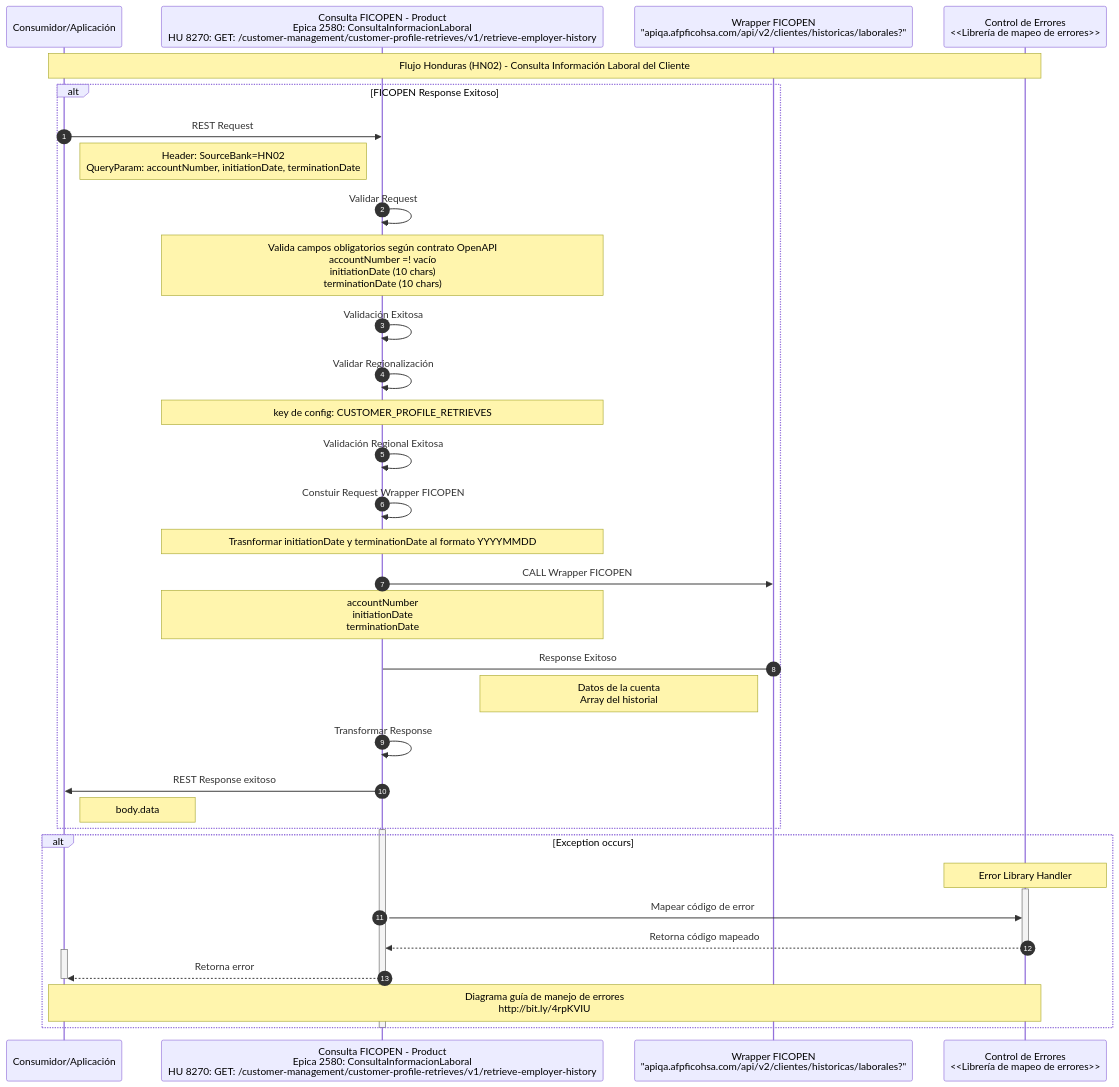
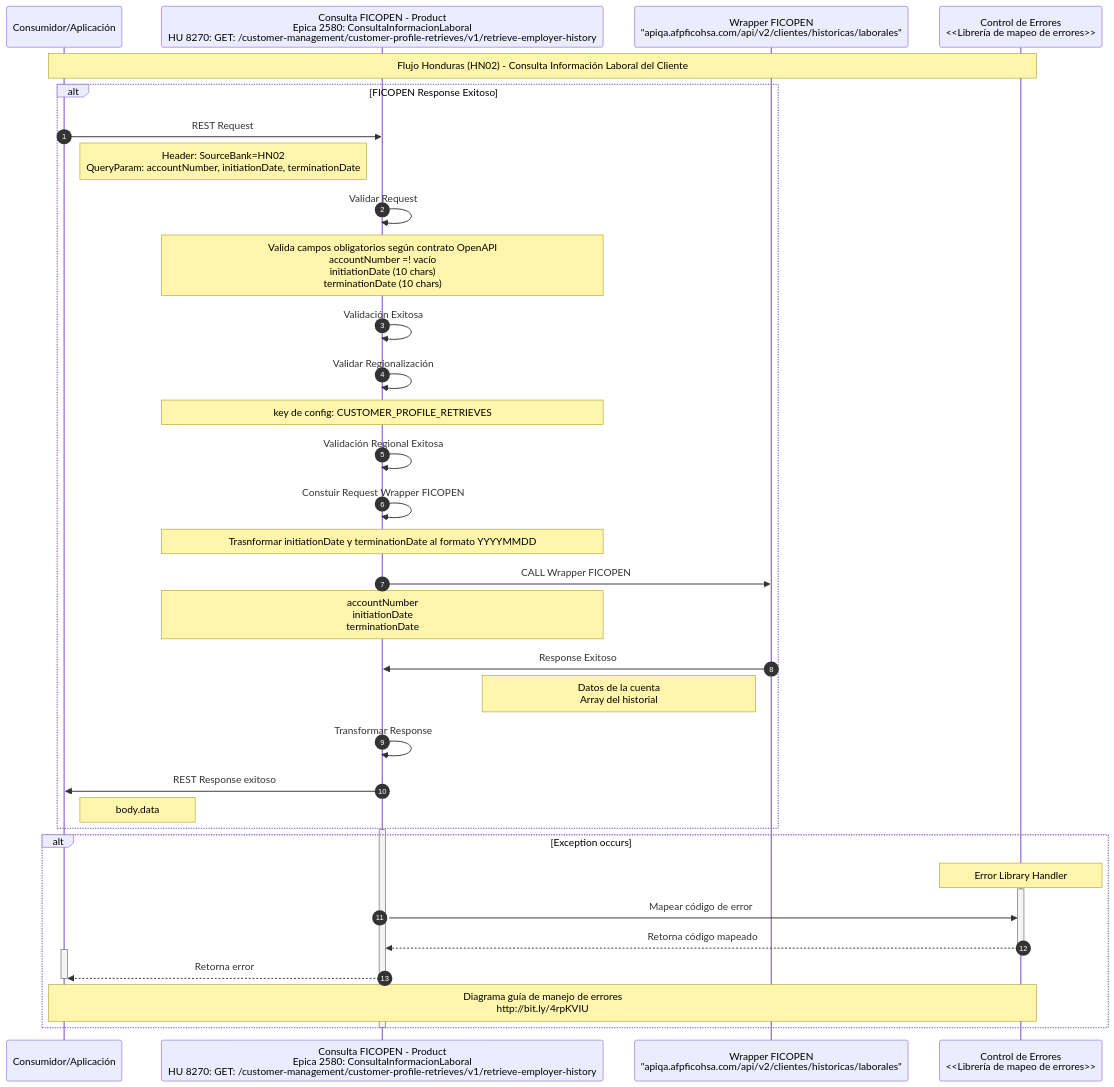
One commit to jmolano10/ficohsa-capa-media changed the diagram in ZMigrationFeature/ConsultaInformacionLaboral/TO-BE-04-Secuencia-HN01.mmd. Above: the diagram before and after it, drawn with Mermaid. The commit also changed 2 other files, not shown here.

Commit message:
consulta ficopen

```diff
--- a/ZMigrationFeature/ConsultaInformacionLaboral/TO-BE-04-Secuencia-HN01.mmd
+++ b/ZMigrationFeature/ConsultaInformacionLaboral/TO-BE-04-Secuencia-HN01.mmd
@@ -1,51 +1,51 @@
 sequenceDiagram
     autonumber
     participant Consumidor as Consumidor/Aplicación
     participant API as Consulta FICOPEN - Product <br> Epica 2580: ConsultaInformacionLaboral <br> HU 8270:  GET: /customer-management/customer-profile-retrieves/v1/retrieve-employer-history
-    participant WFP as Wrapper FICOPEN <br> "apiqa.afpficohsa.com/api/v2/clientes/historicas/laborales?"
+    participant WFP as Wrapper FICOPEN <br> "apiqa.afpficohsa.com/api/v2/clientes/historicas/laborales"
     participant Errors as Control de Errores <br/> <<Librería de mapeo de errores>>
 
     Note over Consumidor, Errors: Flujo Honduras (HN02) - Consulta Información Laboral del Cliente
 
     alt FICOPEN Response Exitoso
         Consumidor->>API: REST Request
         Note right of Consumidor: Header: SourceBank=HN02 <br/> QueryParam: accountNumber, initiationDate, terminationDate
 
         API->>API: Validar Request
         Note over API: Valida campos obligatorios según contrato OpenAPI <br/> accountNumber =! vacío <br/> initiationDate (10 chars) <br/> terminationDate (10 chars)
 
         API->>API: Validación Exitosa
 
         API->>API: Validar Regionalización
         Note over API: key de config: CUSTOMER_PROFILE_RETRIEVES
 
         API->>API: Validación Regional Exitosa
 
         API->>API: Constuir Request Wrapper FICOPEN
         Note over API: Trasnformar initiationDate y terminationDate al formato YYYYMMDD
 
         API->>WFP: CALL Wrapper FICOPEN
         Note over API: accountNumber <br> initiationDate <br> terminationDate
 
-        WFP->API: Response Exitoso
+        WFP->>API: Response Exitoso
         Note left of WFP: Datos de la cuenta <br/> Array del historial
 
         API->>API: Transformar Response
 
         API->>Consumidor: REST Response exitoso
         Note right of Consumidor: body.data
     end
 
     activate API
     alt Exception occurs
         note over Errors: Error Library Handler
         activate Errors
             API->> Errors: Mapear código de error
             Errors -->> API: Retorna código mapeado
         deactivate Errors
         activate Consumidor
             API-->> Consumidor: Retorna error
         deactivate Consumidor
         Note over Consumidor,Errors: Diagrama guía de manejo de errores <br> http://bit.ly/4rpKVIU
     end
     deactivate API
```
